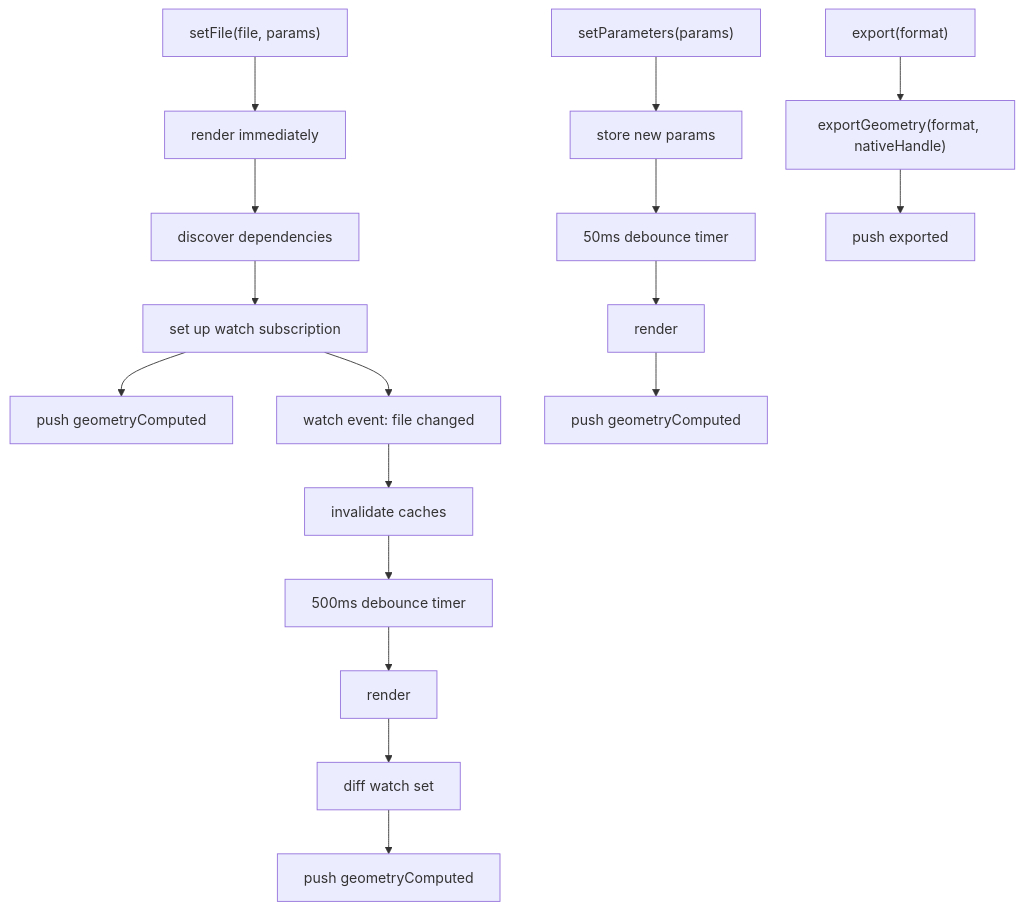
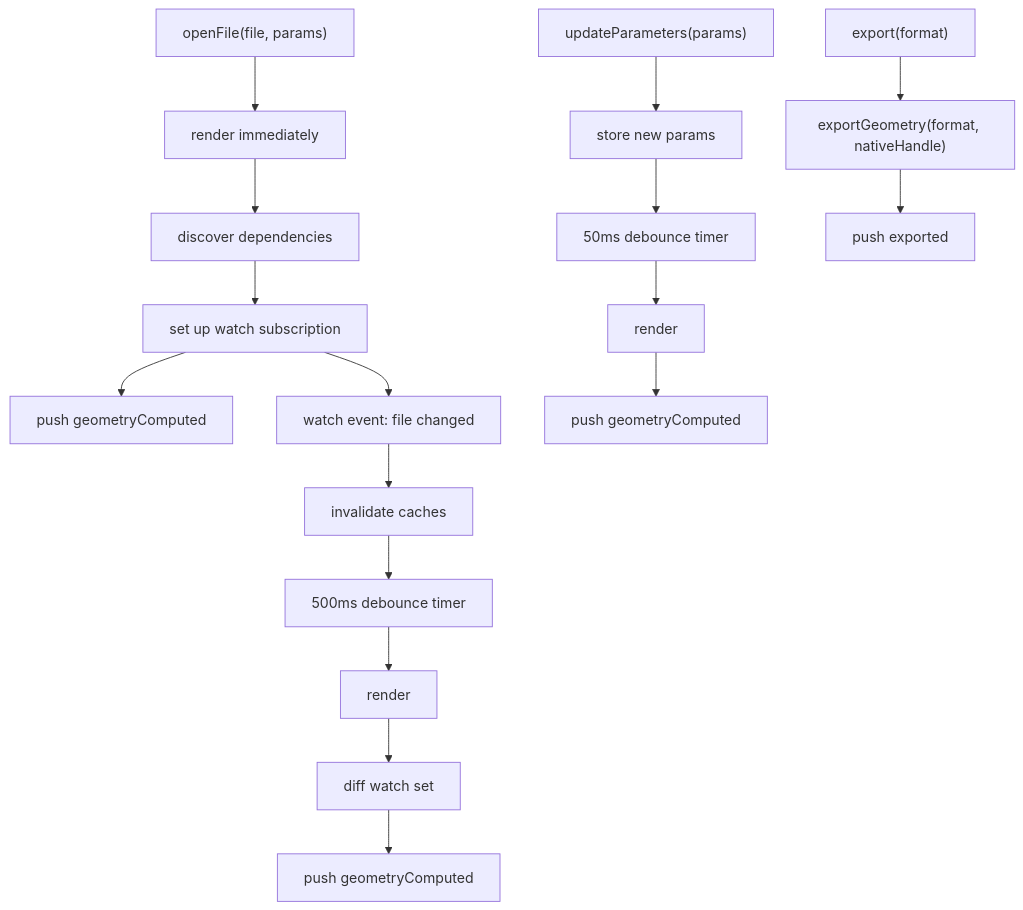
One commit to ahzs645/tau changed the diagram in apps/ui/content/docs/(runtime)/concepts/render-lifecycle.mdx. Above: the diagram before and after it, drawn with Mermaid. The commit also changed other lines of this file and 54 other files, not shown here.

````diff
--- a/apps/ui/content/docs/(runtime)/concepts/render-lifecycle.mdx
+++ b/apps/ui/content/docs/(runtime)/concepts/render-lifecycle.mdx
@@ -19,22 +19,22 @@
 ```mermaid
 flowchart TD
-    SetFile["setFile(file, params)"] --> Render1["render immediately"]
+    OpenFile["openFile(file, params)"] --> Render1["render immediately"]
     Render1 --> Deps["discover dependencies"]
     Deps --> Watch["set up watch subscription"]
     Watch --> Push1["push geometryComputed"]
 
     Watch --> FileChange["watch event: file changed"]
     FileChange --> Invalidate["invalidate caches"]
     Invalidate --> Debounce500["500ms debounce timer"]
     Debounce500 --> Render2["render"]
     Render2 --> DiffWatch["diff watch set"]
     DiffWatch --> Push2["push geometryComputed"]
 
-    SetParams["setParameters(params)"] --> StoreParams["store new params"]
+    UpdateParams["updateParameters(params)"] --> StoreParams["store new params"]
     StoreParams --> Debounce50["50ms debounce timer"]
     Debounce50 --> Render3["render"]
     Render3 --> Push3["push geometryComputed"]
 
     Export["export(format)"] --> ExportGeom["exportGeometry(format, nativeHandle)"]
     ExportGeom --> Push4["push exported"]
 ```
````
